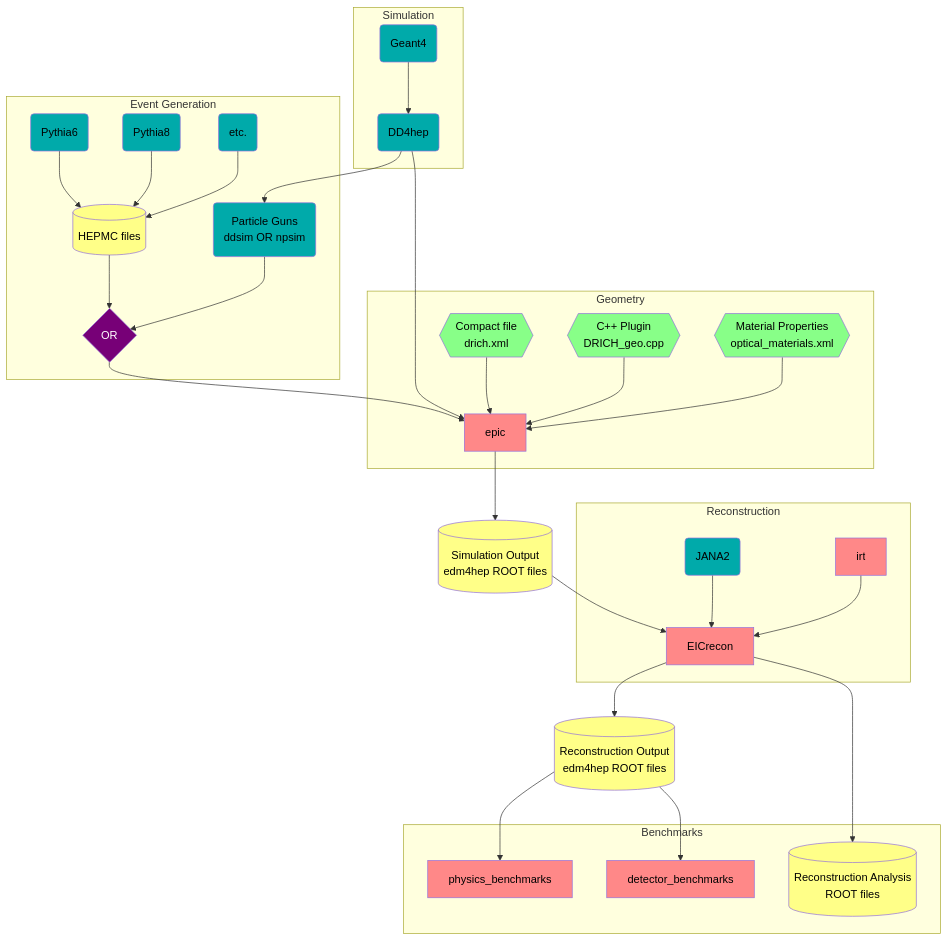
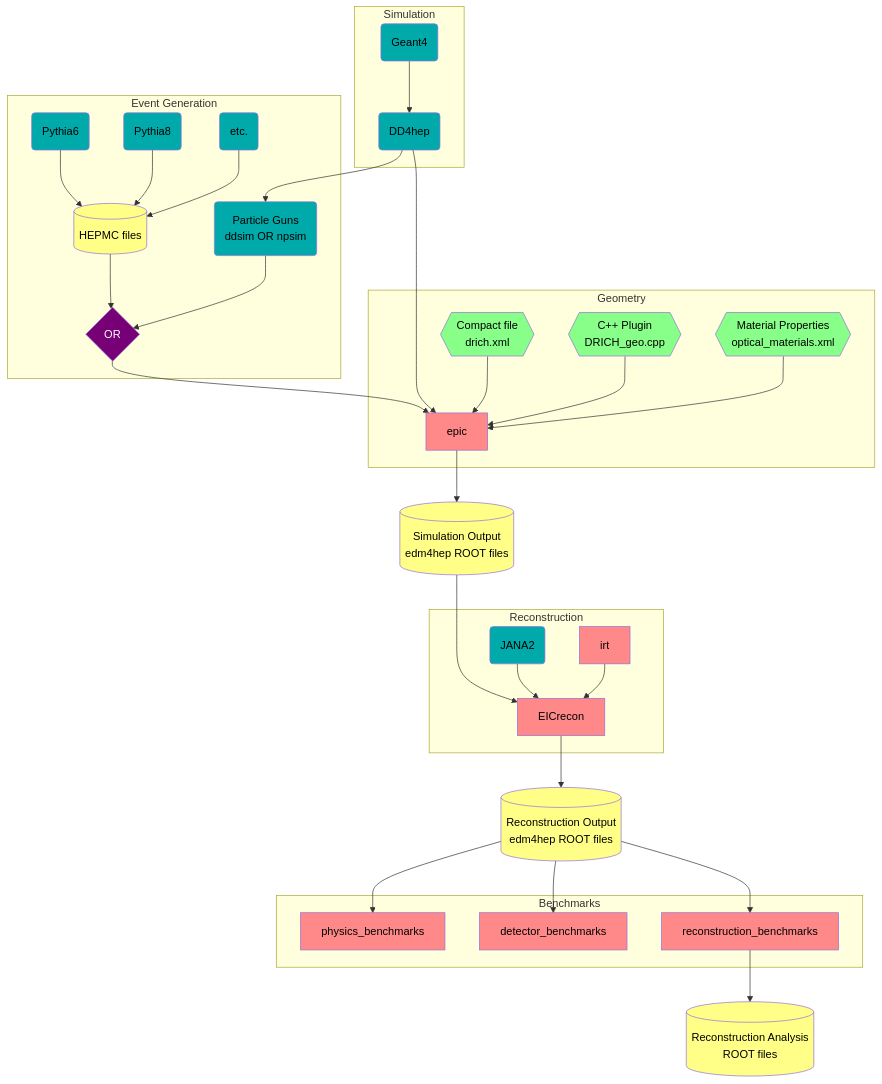
The third of 3 diagrams in README.md (eic/drich-dev), drawn with Mermaid before and after one commit. The commit also changed other lines of this file and 12 other files, not shown here.

Commit message:
build: add `reconstruction_benchmarks` (#70)

````diff
--- a/README.md
+++ b/README.md
@@ -245,64 +227,65 @@
 ```mermaid
 flowchart TB
   classDef epic fill:#ff8888,color:black
   classDef dep fill:#00aaaa,color:black
   classDef obj fill:#88ff88,color:black
   classDef data fill:#ffff88,color:black
   classDef op fill:#770077,color:white
 
   subgraph Event Generation
     Pythia6(Pythia6):::dep
     Pythia8(Pythia8):::dep
     OtherGen(etc.):::dep
     Hepmc[(HEPMC files)]:::data
     Gun(Particle Guns<br/>ddsim OR npsim):::dep
     GenOR{OR}:::op
   end
   Pythia6 --> Hepmc
   Pythia8 --> Hepmc
   OtherGen --> Hepmc
   Hepmc --> GenOR
   Gun --> GenOR
 
   subgraph Simulation
     DD4hep(DD4hep):::dep
     Geant(Geant4):::dep
   end
   Geant --> DD4hep
 
   subgraph Geometry
     Epic[epic]:::epic
     DDCompact{{Compact file<br/>drich.xml}}:::obj
     DDPlugin{{C++ Plugin<br/>DRICH_geo.cpp}}:::obj
     DDMat{{Material Properties<br/>optical_materials.xml}}:::obj
   end
   SimOut[(Simulation Output<br/>edm4hep ROOT files)]:::data
   DD4hep --> Gun
   GenOR --> Epic
   DD4hep --> Epic
   DDCompact --> Epic
   DDPlugin --> Epic
   DDMat --> Epic
   Epic --> SimOut
 
   subgraph Reconstruction
     JANA(JANA2):::dep
     EICrecon[EICrecon]:::epic
     IRT[irt]:::epic
   end
   RecOut[(Reconstruction Output<br/>edm4hep ROOT files)]:::data
-  SimOut --> EICrecon
+  SimOut ---> EICrecon
   JANA --> EICrecon
   IRT --> EICrecon
   EICrecon --> RecOut
 
   subgraph Benchmarks
     PhysicsBenchmarks[physics_benchmarks]:::epic
     DetectorBenchmarks[detector_benchmarks]:::epic
-    RecAnaOut[(Reconstruction Analysis<br/>ROOT files)]:::data
+    ReconstructionBenchmarks[reconstruction_benchmarks]:::epic
   end
-  EICrecon --> RecAnaOut
+  AnaOut[(Reconstruction Analysis<br/>ROOT files)]:::data
   RecOut --> PhysicsBenchmarks
   RecOut --> DetectorBenchmarks
+  RecOut --> ReconstructionBenchmarks --> AnaOut
 
 ```
````
